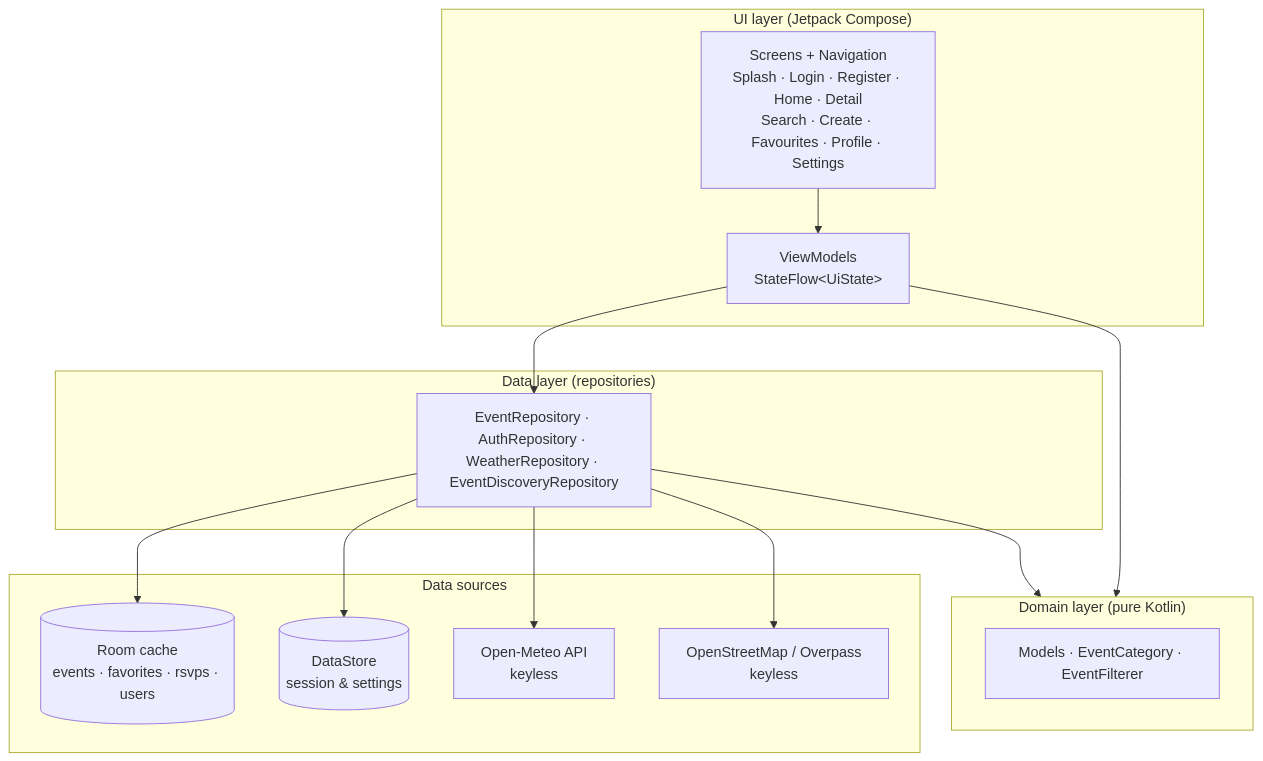
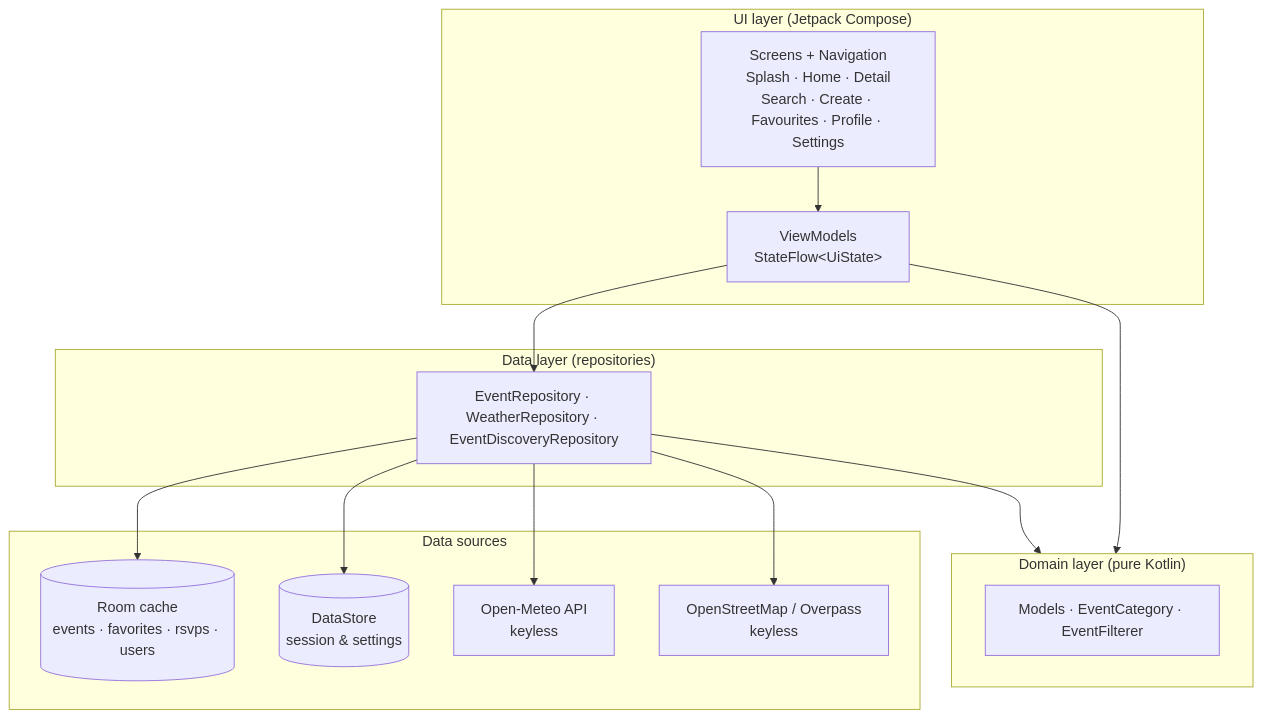
Before and after one commit to Zulfique/eventfinder-south-africa: the first of 3 diagrams in README.md, drawn with Mermaid. The commit also changed other lines of this file and 6 other files, not shown here.

````diff
--- a/README.md
+++ b/README.md
@@ -103,31 +102,31 @@
 ```mermaid
 flowchart TB
     subgraph UI["UI layer (Jetpack Compose)"]
-        Screens["Screens + Navigation<br/>Splash · Login · Register · Home · Detail<br/>Search · Create · Favourites · Profile · Settings"]
+        Screens["Screens + Navigation<br/>Splash · Home · Detail<br/>Search · Create · Favourites · Profile · Settings"]
         VMs["ViewModels<br/>StateFlow&lt;UiState&gt;"]
     end
 
     subgraph Domain["Domain layer (pure Kotlin)"]
         Models["Models · EventCategory · EventFilterer"]
     end
 
     subgraph Data["Data layer (repositories)"]
-        Repos["EventRepository · AuthRepository · WeatherRepository · EventDiscoveryRepository"]
+        Repos["EventRepository · WeatherRepository · EventDiscoveryRepository"]
     end
 
     subgraph Sources["Data sources"]
         Room[("Room cache<br/>events · favorites · rsvps · users")]
         DS[("DataStore<br/>session & settings")]
         OM["Open-Meteo API<br/>keyless"]
         OSM["OpenStreetMap / Overpass<br/>keyless"]
     end
 
     Screens --> VMs
     VMs --> Repos
     VMs --> Domain
     Repos --> Domain
     Repos --> Room
     Repos --> DS
     Repos --> OM
     Repos --> OSM
 ```
````
